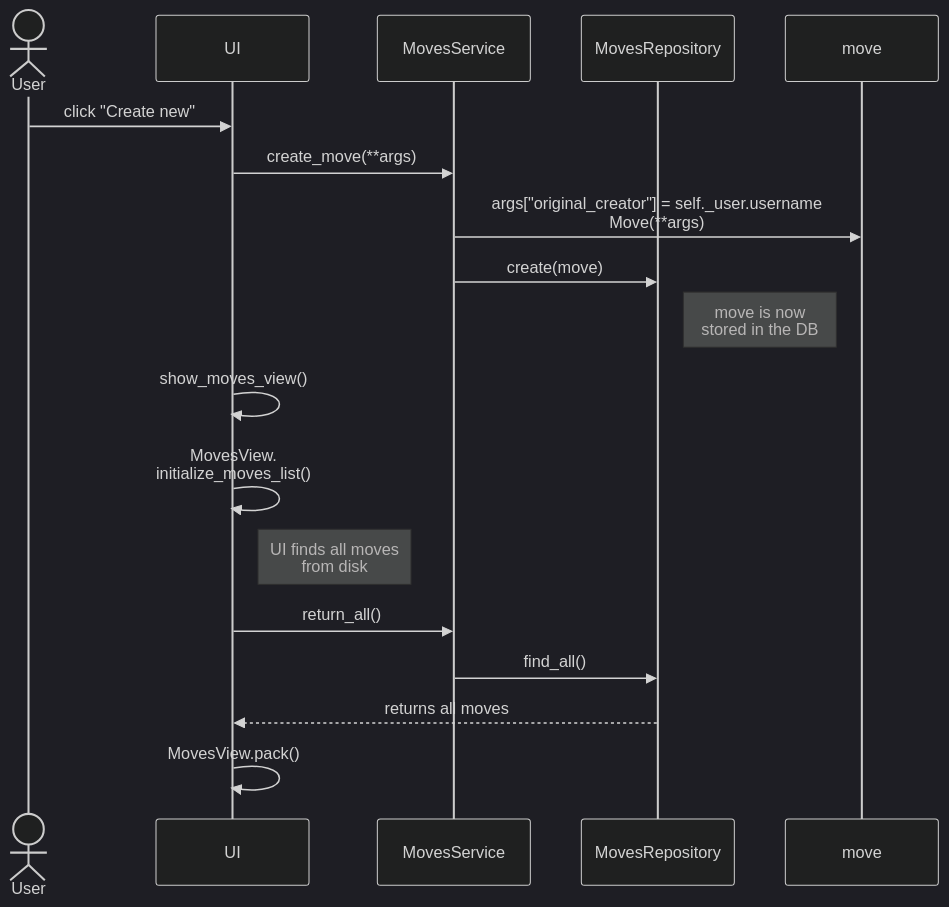
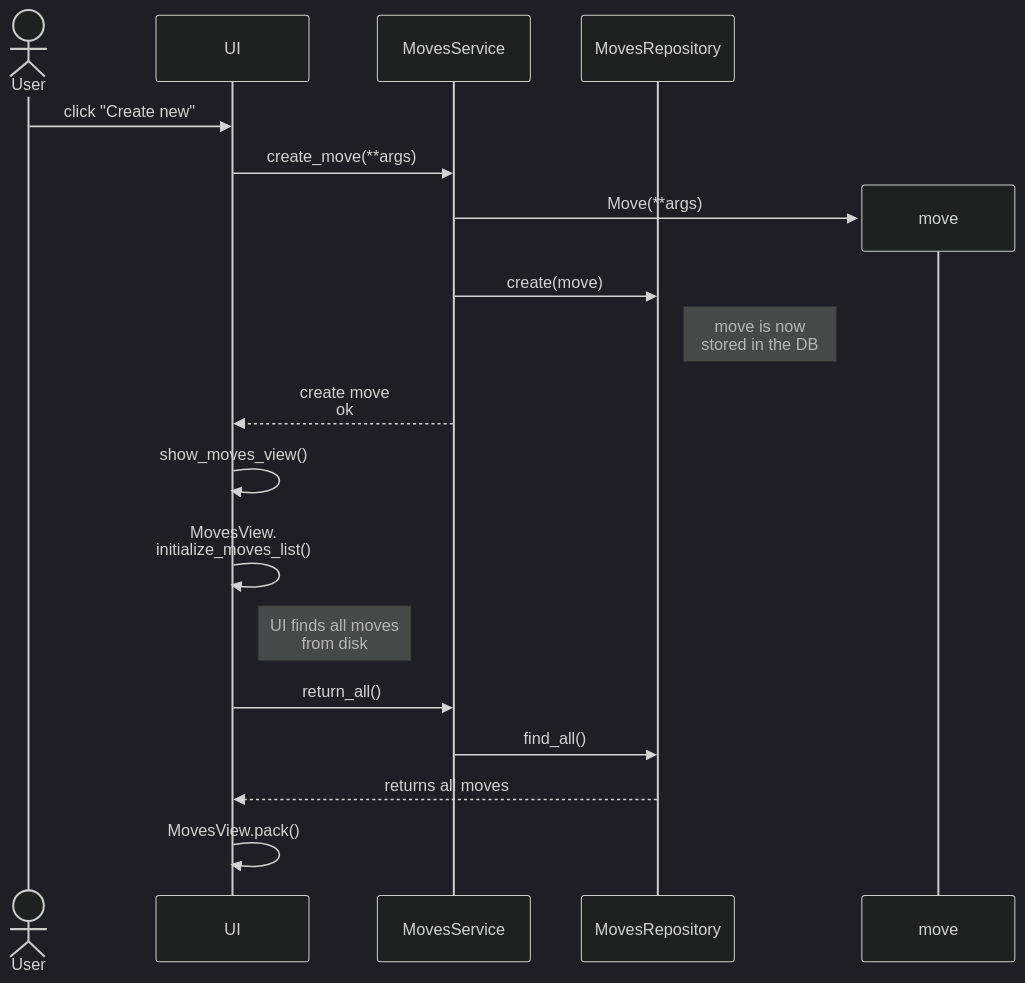
The fourth of 5 diagrams in dokumentaatio/arkkitehtuuri.md (maggaou/ot-harjoitustyo), drawn with Mermaid (dark theme) before and after one commit. The commit also changed other lines of this file, not shown here.

````diff
--- a/dokumentaatio/arkkitehtuuri.md
+++ b/dokumentaatio/arkkitehtuuri.md
@@ -92,20 +138,21 @@
 ```mermaid
 sequenceDiagram
     actor User
     participant UI
     participant MovesService
     participant MovesRepository
-    participant move
     User ->> UI: click "Create new"
     UI ->> MovesService: create_move(**args)
-    MovesService ->> move: args["original_creator"] = self._user.username<br/>Move(**args)
+    create participant move
+    MovesService ->> move: Move(**args)
     MovesService ->> MovesRepository: create(move)
     Note right of MovesRepository: move is now<br/>stored in the DB
+    MovesService -->> UI: create move<br/>ok
     UI ->> UI: show_moves_view()
     UI ->> UI: MovesView.<br/>initialize_moves_list()
     Note right of UI: UI finds all moves<br/>from disk
     UI ->> MovesService: return_all()
     MovesService ->> MovesRepository: find_all()
     MovesRepository -->> UI: returns all moves
     UI ->> UI: MovesView.pack()
 ```
````
